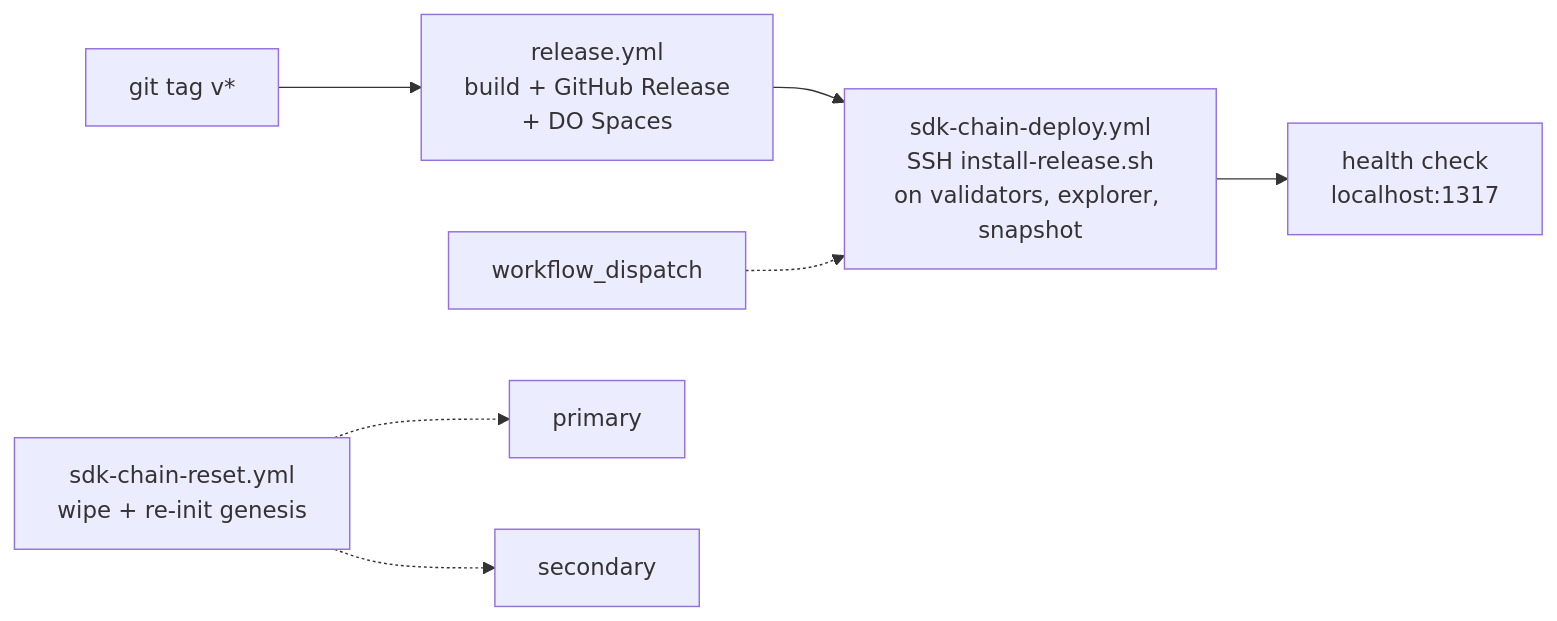
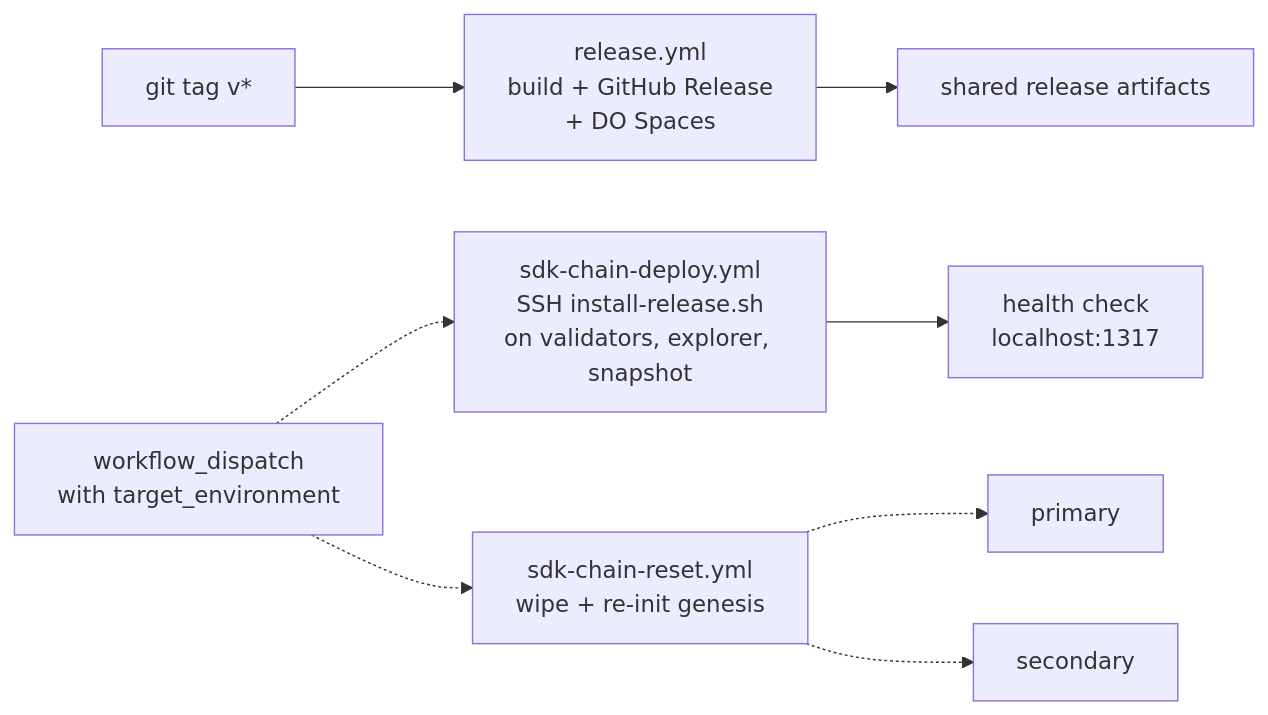
One commit to valargroup/vote-sdk changed the diagram in docs/deploy-setup.md. Above: the diagram before and after it, drawn with Mermaid. The commit also changed other lines of this file and 7 other files, not shown here.

First line of the commit message:
Make SDK fleet workflows environment-targeted

````diff
--- a/docs/deploy-setup.md
+++ b/docs/deploy-setup.md
@@ -17,9 +17,10 @@
 ```mermaid
 flowchart LR
     tag["git tag v*"] --> release["release.yml\nbuild + GitHub Release\n+ DO Spaces"]
-    release --> deploy["sdk-chain-deploy.yml\nSSH install-release.sh\non validators, explorer, snapshot"]
+    release --> artifacts["shared release artifacts"]
+    manual["workflow_dispatch\nwith target_environment"] -.-> deploy["sdk-chain-deploy.yml\nSSH install-release.sh\non validators, explorer, snapshot"]
     deploy --> health["health check\nlocalhost:1317"]
-    manual["workflow_dispatch"] -.-> deploy
-    reset["sdk-chain-reset.yml\nwipe + re-init genesis"] -.-> primary["primary"]
+    manual -.-> reset["sdk-chain-reset.yml\nwipe + re-init genesis"]
+    reset -.-> primary["primary"]
     reset -.-> secondary["secondary"]
 ```
````
